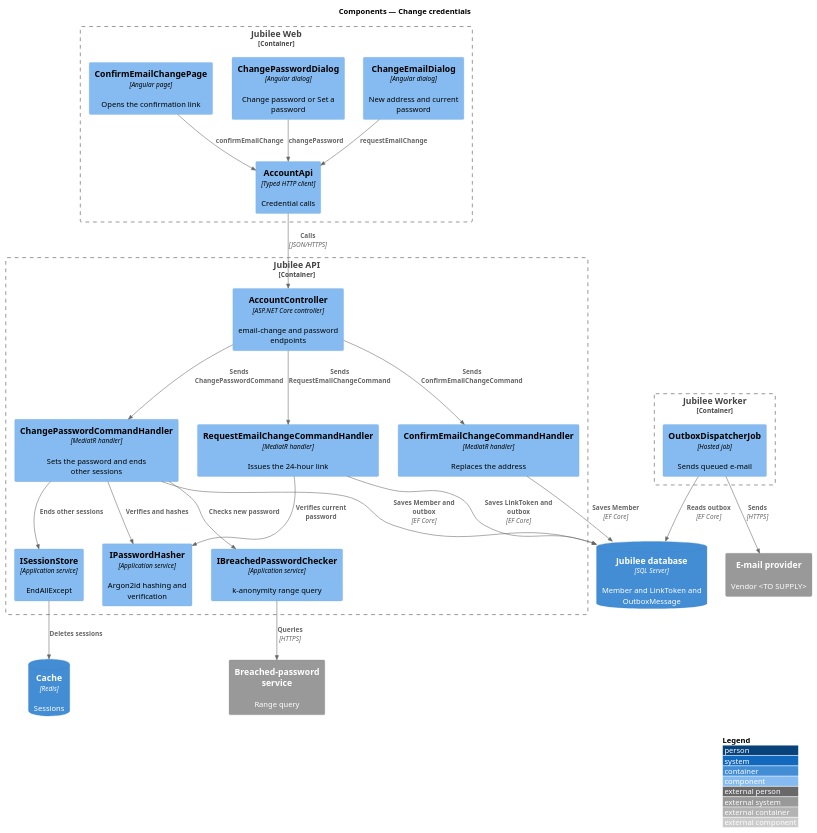
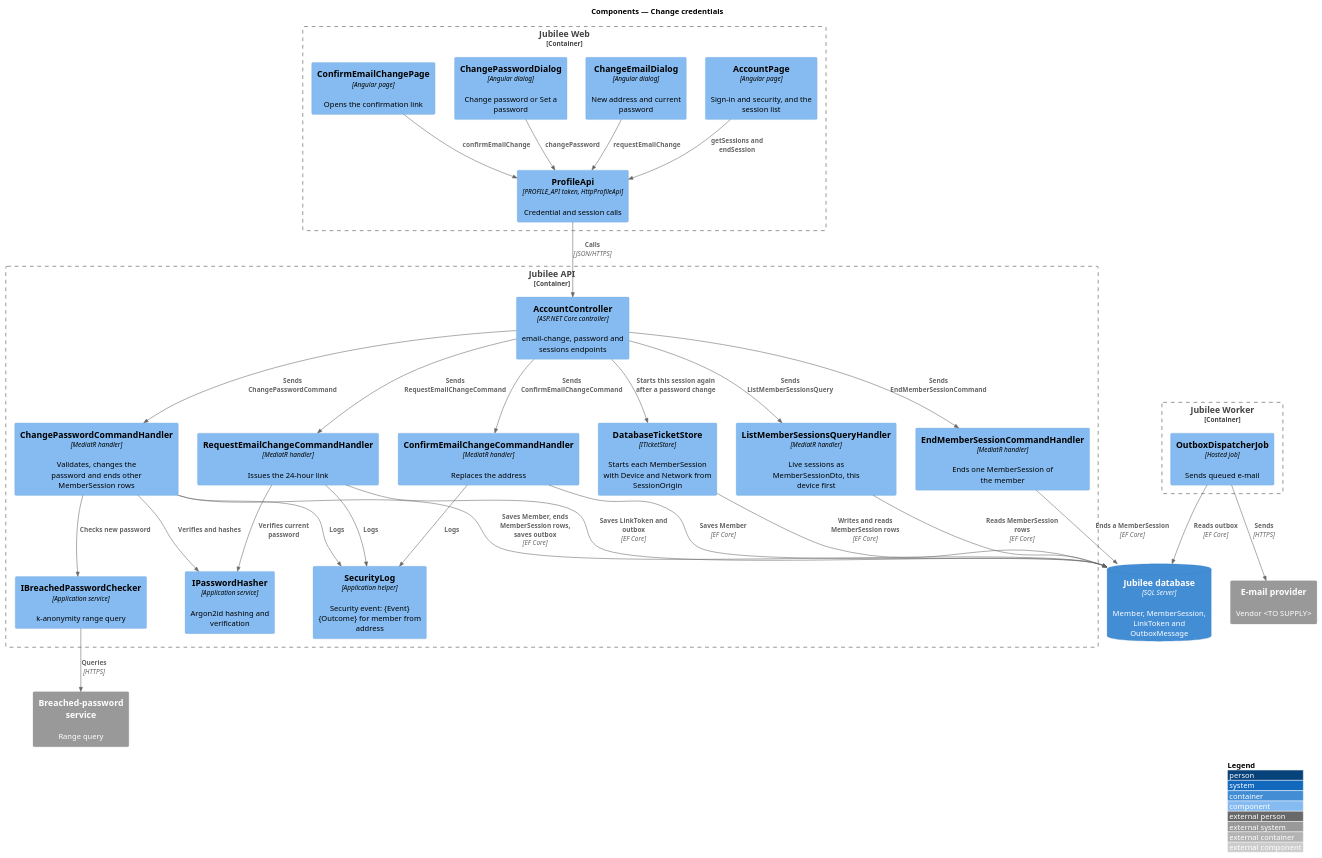
One commit to QuinntyneBrown/jubilee changed the diagram in docs/detailed-designs/accounts/change-credentials/diagrams/c4-component.puml. Above: the diagram before and after it, drawn with PlantUML. The commit also changed 30 other files, not shown here.

```diff
--- a/docs/detailed-designs/accounts/change-credentials/diagrams/c4-component.puml
+++ b/docs/detailed-designs/accounts/change-credentials/diagrams/c4-component.puml
@@ -1,48 +1,59 @@
 @startuml
 !include <C4/C4_Component>
 LAYOUT_WITH_LEGEND()
 title Components — Change credentials
 
 
 Container_Boundary(web, "Jubilee Web") {
+  Component(page, "AccountPage", "Angular page", "Sign-in and security, and the session list")
   Component(emailDlg, "ChangeEmailDialog", "Angular dialog", "New address and current password")
   Component(pwDlg, "ChangePasswordDialog", "Angular dialog", "Change password or Set a password")
   Component(confirm, "ConfirmEmailChangePage", "Angular page", "Opens the confirmation link")
-  Component(client, "AccountApi", "Typed HTTP client", "Credential calls")
+  Component(client, "ProfileApi", "PROFILE_API token, HttpProfileApi", "Credential and session calls")
 }
 Container_Boundary(api, "Jubilee API") {
-  Component(ctrl, "AccountController", "ASP.NET Core controller", "email-change and password endpoints")
+  Component(ctrl, "AccountController", "ASP.NET Core controller", "email-change, password and sessions endpoints")
+  Component(store, "DatabaseTicketStore", "ITicketStore", "Starts each MemberSession with Device and Network from SessionOrigin")
   Component(reqH, "RequestEmailChangeCommandHandler", "MediatR handler", "Issues the 24-hour link")
   Component(confH, "ConfirmEmailChangeCommandHandler", "MediatR handler", "Replaces the address")
-  Component(pwH, "ChangePasswordCommandHandler", "MediatR handler", "Sets the password and ends other sessions")
+  Component(pwH, "ChangePasswordCommandHandler", "MediatR handler", "Validates, changes the password and ends other MemberSession rows")
+  Component(listH, "ListMemberSessionsQueryHandler", "MediatR handler", "Live sessions as MemberSessionDto, this device first")
+  Component(endH, "EndMemberSessionCommandHandler", "MediatR handler", "Ends one MemberSession of the member")
+  Component(log, "SecurityLog", "Application helper", "Security event: {Event} {Outcome} for member from address")
   Component(hasher, "IPasswordHasher", "Application service", "Argon2id hashing and verification")
   Component(checker, "IBreachedPasswordChecker", "Application service", "k-anonymity range query")
-  Component(sessions, "ISessionStore", "Application service", "EndAllExcept")
 }
 Container_Boundary(worker, "Jubilee Worker") {
   Component(outbox, "OutboxDispatcherJob", "Hosted job", "Sends queued e-mail")
 }
-ContainerDb(db, "Jubilee database", "SQL Server", "Member and LinkToken and OutboxMessage")
-ContainerDb(cache, "Cache", "Redis", "Sessions")
+ContainerDb(db, "Jubilee database", "SQL Server", "Member, MemberSession, LinkToken and OutboxMessage")
 System_Ext(breach, "Breached-password service", "Range query")
 System_Ext(email, "E-mail provider", "Vendor <TO SUPPLY>")
 
+Rel(page, client, "getSessions and endSession")
 Rel(emailDlg, client, "requestEmailChange")
 Rel(pwDlg, client, "changePassword")
 Rel(confirm, client, "confirmEmailChange")
 Rel(client, ctrl, "Calls", "JSON/HTTPS")
 Rel(ctrl, reqH, "Sends RequestEmailChangeCommand")
 Rel(ctrl, confH, "Sends ConfirmEmailChangeCommand")
 Rel(ctrl, pwH, "Sends ChangePasswordCommand")
+Rel(ctrl, listH, "Sends ListMemberSessionsQuery")
+Rel(ctrl, endH, "Sends EndMemberSessionCommand")
+Rel(ctrl, store, "Starts this session again after a password change")
 Rel(reqH, hasher, "Verifies current password")
 Rel(pwH, hasher, "Verifies and hashes")
 Rel(pwH, checker, "Checks new password")
-Rel(pwH, sessions, "Ends other sessions")
+Rel(reqH, log, "Logs")
+Rel(confH, log, "Logs")
+Rel(pwH, log, "Logs")
 Rel(reqH, db, "Saves LinkToken and outbox", "EF Core")
 Rel(confH, db, "Saves Member", "EF Core")
-Rel(pwH, db, "Saves Member and outbox", "EF Core")
-Rel(sessions, cache, "Deletes sessions")
+Rel(pwH, db, "Saves Member, ends MemberSession rows, saves outbox", "EF Core")
+Rel(listH, db, "Reads MemberSession rows", "EF Core")
+Rel(endH, db, "Ends a MemberSession", "EF Core")
+Rel(store, db, "Writes and reads MemberSession rows", "EF Core")
 Rel(checker, breach, "Queries", "HTTPS")
 Rel(outbox, db, "Reads outbox", "EF Core")
 Rel(outbox, email, "Sends", "HTTPS")
 @enduml
```
